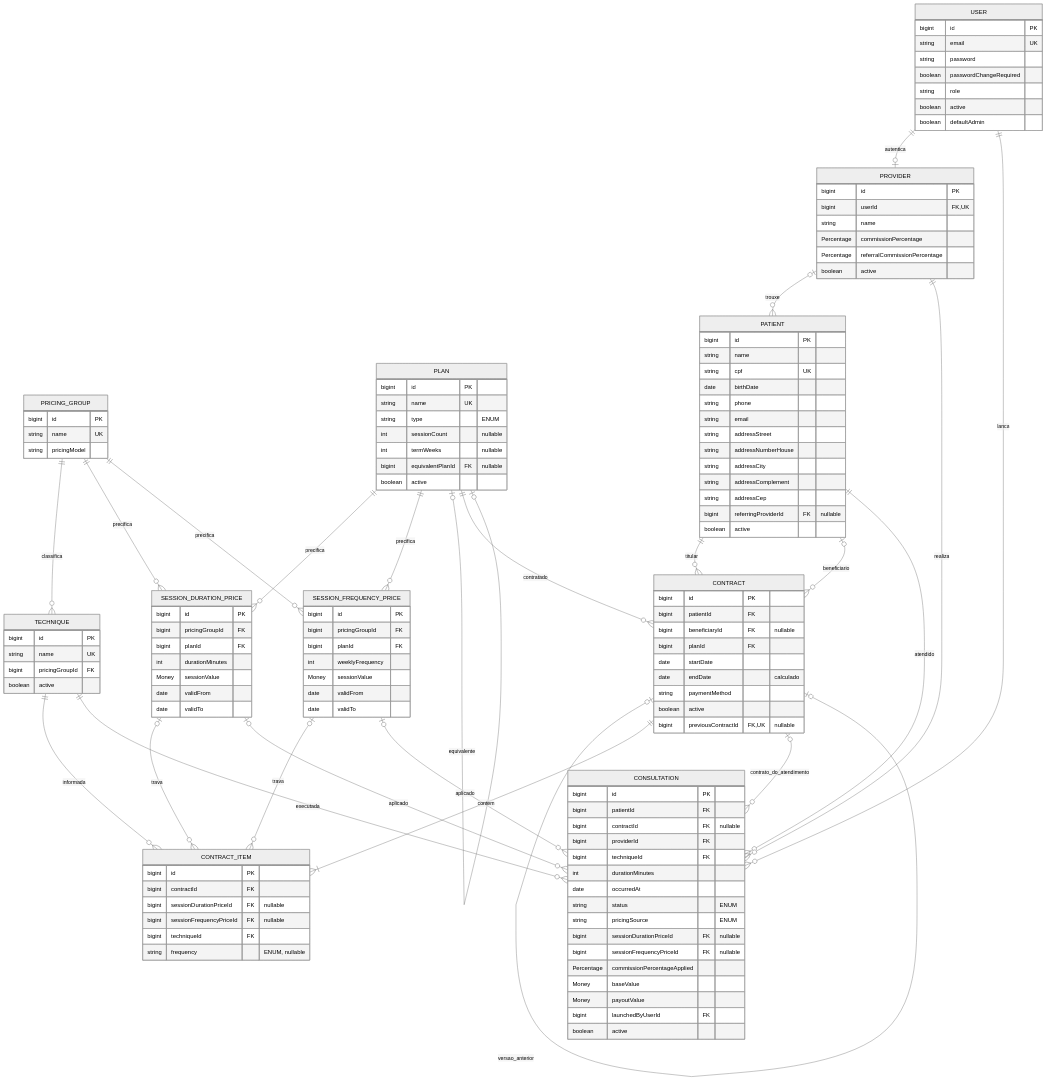
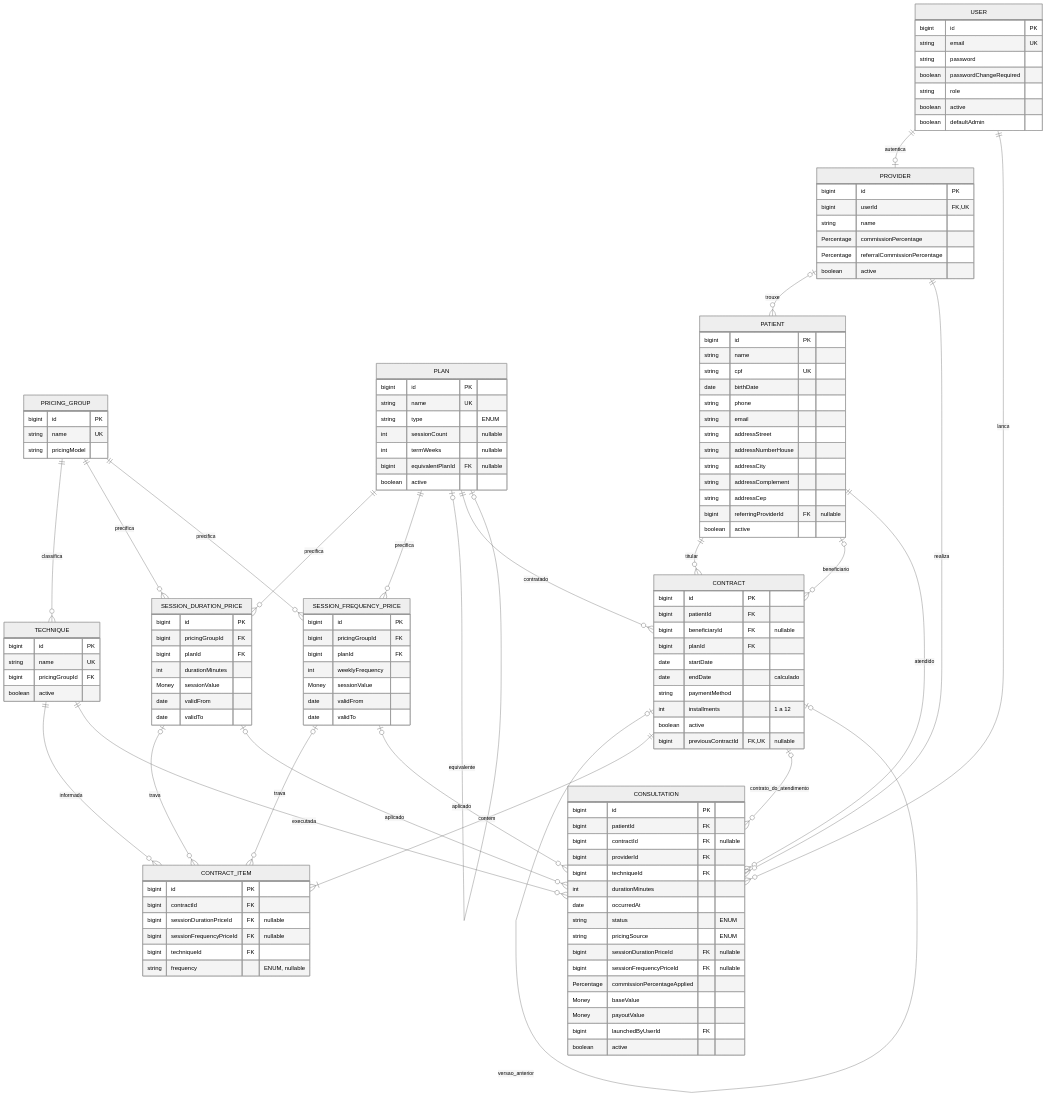
One commit to 1k2s/sublime-app changed the diagram in docs/domain-model.md. Above: the diagram before and after it, drawn with Mermaid (neutral theme). The commit also changed other lines of this file and 71 other files, not shown here.

```diff
--- a/docs/domain-model.md
+++ b/docs/domain-model.md
@@ -134,6 +135,7 @@
     date startDate
     date endDate "calculado"
     string paymentMethod
+    int installments "1 a 12"
     boolean active
     bigint previousContractId FK, UK "nullable"
   }
```
